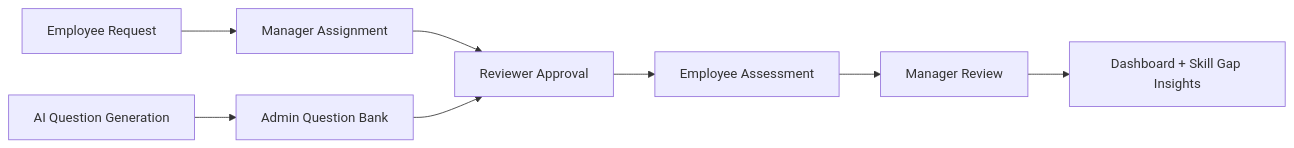
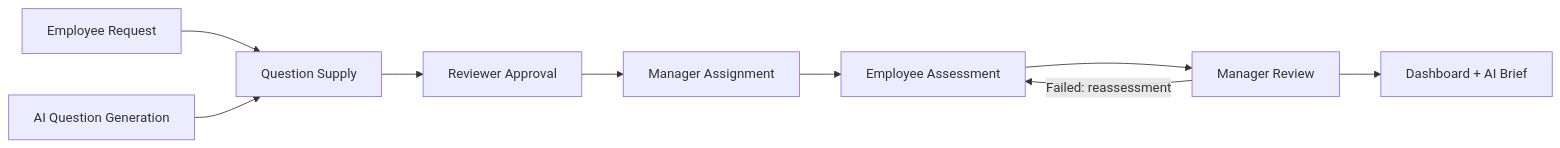
Before and after one commit to gitkoustavbag/Talent-360i-hackfest: the first of 2 diagrams in README.md, drawn with Mermaid. The commit also changed other lines of this file and 11 other files, not shown here.

````diff
--- a/README.md
+++ b/README.md
@@ -16,10 +16,11 @@
 ```mermaid
 flowchart LR
-    A[Employee Request] --> B[Manager Assignment]
+    A[Employee Request] --> B[Question Supply]
     B --> C[Reviewer Approval]
-    C --> D[Employee Assessment]
-    D --> E[Manager Review]
-    E --> F[Dashboard + Skill Gap Insights]
-    G[Admin Question Bank] --> C
-    H[AI Question Generation] --> G
+    C --> D[Manager Assignment]
+    D --> E[Employee Assessment]
+    E --> F[Manager Review]
+    F --> G[Dashboard + AI Brief]
+    F -->|Failed: reassessment| E
+    H[AI Question Generation] --> B
 ```
````
